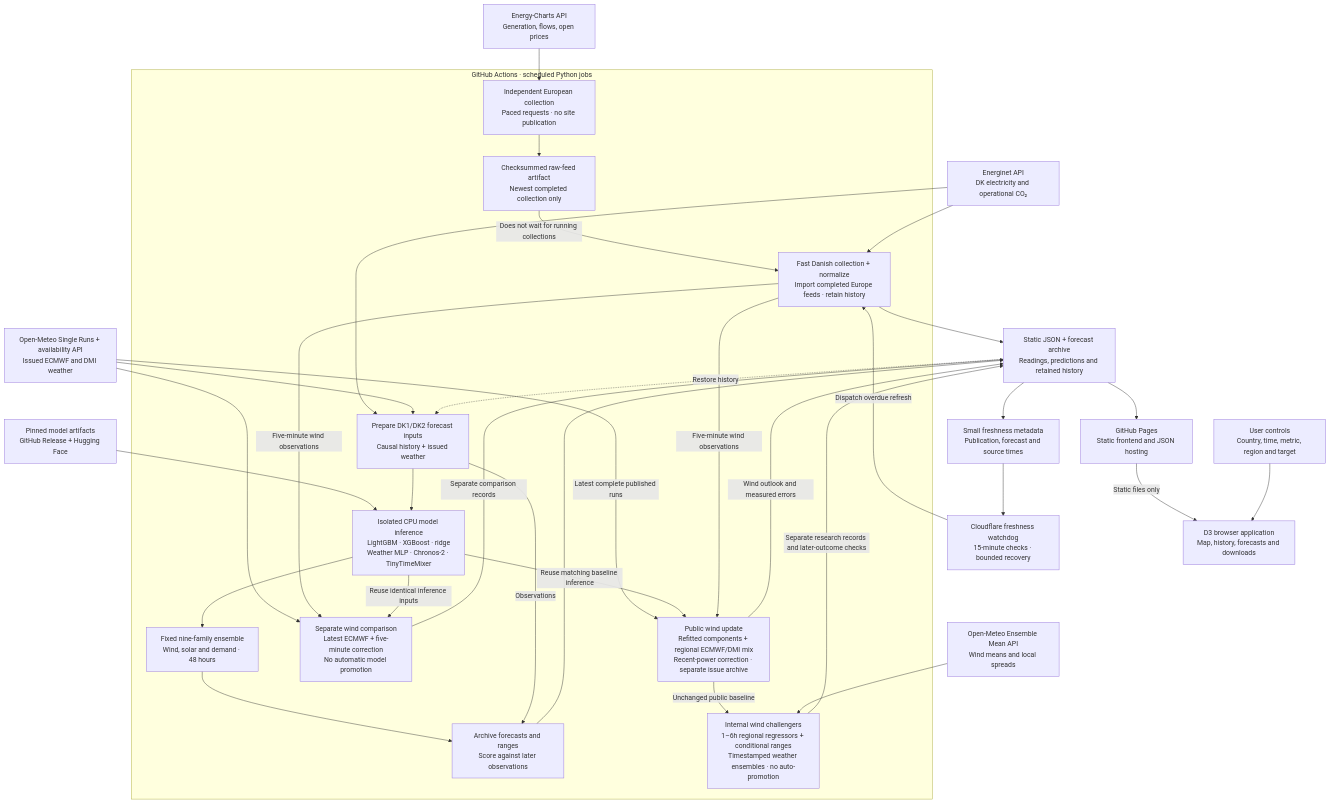
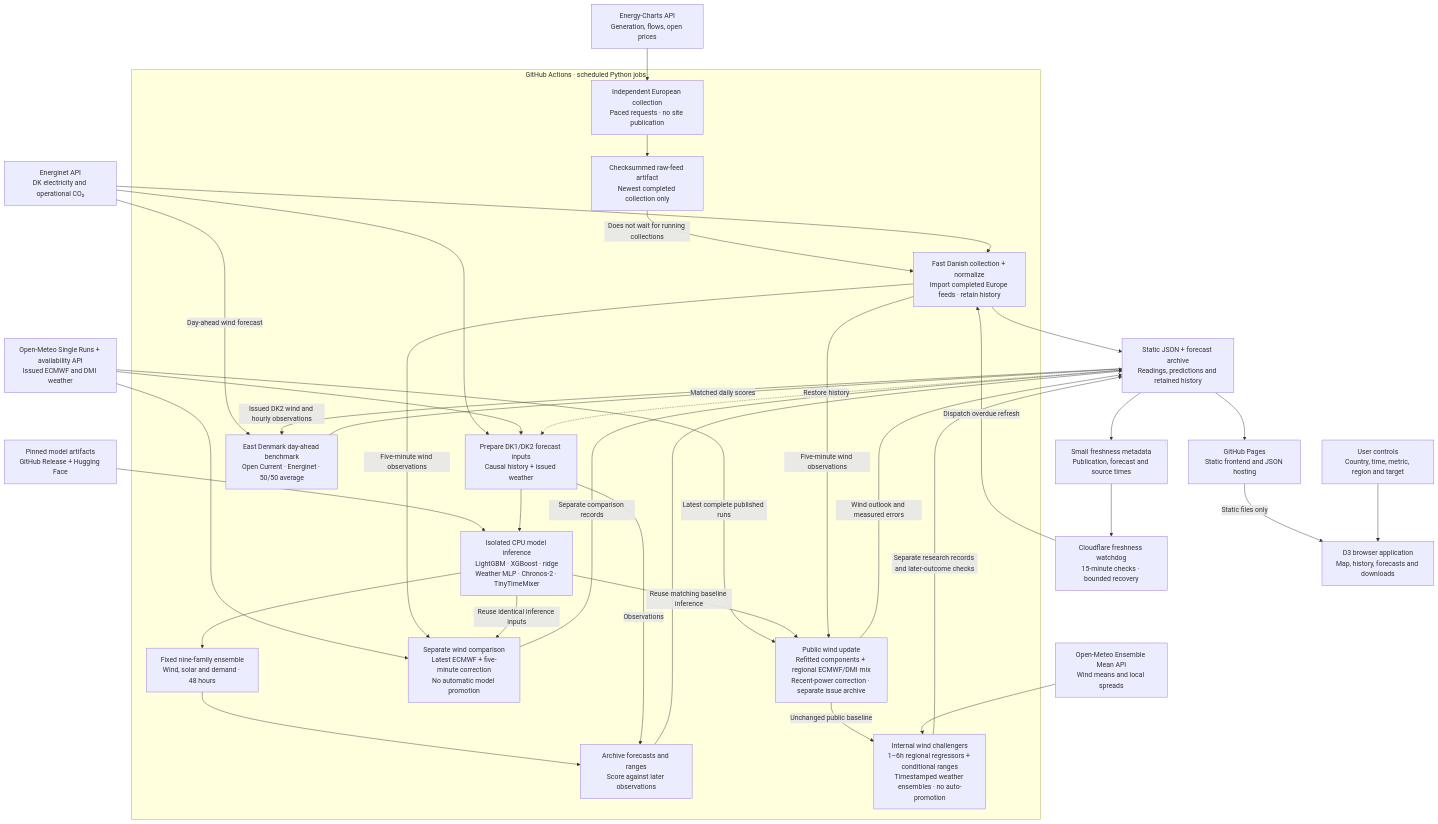
Before and after one commit to HuayuanSong/open-current: the diagram in README.md, drawn with Mermaid. The commit also changed other lines of this file and 11 other files, not shown here.

Commit message:
Benchmark East Denmark day-ahead wind against Energinet

````diff
--- a/README.md
+++ b/README.md
@@ -48,59 +48,63 @@
 ```mermaid
 flowchart TB
     energy["Energy-Charts API<br/>Generation, flows, open prices"]
     energinet["Energinet API<br/>DK electricity and operational CO₂"]
     weather["Open-Meteo Single Runs + availability API<br/>Issued ECMWF and DMI weather"]
     ensembleweather["Open-Meteo Ensemble Mean API<br/>Wind means and local spreads"]
     weights["Pinned model artifacts<br/>GitHub Release + Hugging Face"]
     watchdog["Cloudflare freshness watchdog<br/>15-minute checks · bounded recovery"]
     health["Small freshness metadata<br/>Publication, forecast and source times"]
 
     subgraph actions["GitHub Actions · scheduled Python jobs"]
         eurocollect["Independent European collection<br/>Paced requests · no site publication"]
         bundle["Checksummed raw-feed artifact<br/>Newest completed collection only"]
         collect["Fast Danish collection + normalize<br/>Import completed Europe feeds · retain history"]
         inputs["Prepare DK1/DK2 forecast inputs<br/>Causal history + issued weather"]
         models["Isolated CPU model inference<br/>LightGBM · XGBoost · ridge<br/>Weather MLP · Chronos-2 · TinyTimeMixer"]
         blend["Fixed nine-family ensemble<br/>Wind, solar and demand · 48 hours"]
         evaluate["Archive forecasts and ranges<br/>Score against later observations"]
         windtest["Separate wind comparison<br/>Latest ECMWF + five-minute correction<br/>No automatic model promotion"]
         freshwind["Public wind update<br/>Refitted components + regional ECMWF/DMI mix<br/>Recent-power correction · separate issue archive"]
+        dayahead["East Denmark day-ahead benchmark<br/>Open Current · Energinet · 50/50 average"]
         research["Internal wind challengers<br/>1–6h regional regressors + conditional ranges<br/>Timestamped weather ensembles · no auto-promotion"]
     end
 
     archive["Static JSON + forecast archive<br/>Readings, predictions and retained history"]
     pages["GitHub Pages<br/>Static frontend and JSON hosting"]
     browser["D3 browser application<br/>Map, history, forecasts and downloads"]
     user["User controls<br/>Country, time, metric, region and target"]
 
     energy --> eurocollect --> bundle
     bundle -->|Does not wait for running collections| collect
     energinet --> collect
     energinet --> inputs
     weather --> inputs
     weights --> models
     inputs --> models
     models --> blend
     blend --> evaluate
     inputs -->|Observations| evaluate
     collect --> archive
     evaluate --> archive
     weather --> windtest
     collect -->|Five-minute wind observations| windtest
     models -->|Reuse identical inference inputs| windtest
     windtest -->|Separate comparison records| archive
     weather -->|Latest complete published runs| freshwind
     models -->|Reuse matching baseline inference| freshwind
     collect -->|Five-minute wind observations| freshwind
     freshwind -->|Wind outlook and measured errors| archive
+    energinet -->|Day-ahead wind forecast| dayahead
+    archive -->|Issued DK2 wind and hourly observations| dayahead
+    dayahead -->|Matched daily scores| archive
     freshwind -->|Unchanged public baseline| research
     ensembleweather --> research
     research -->|Separate research records and later-outcome checks| archive
     archive -.->|Restore history| inputs
     archive --> pages
     pages -->|Static files only| browser
     user --> browser
     archive --> health
     health --> watchdog
     watchdog -->|Dispatch overdue refresh| collect
 ```
````
